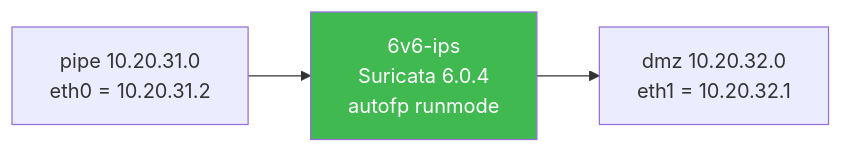
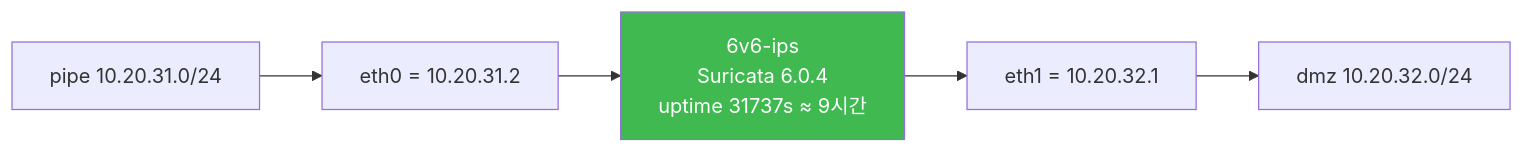
One commit to mrgrit/ccc changed the second of 3 diagrams in contents/standalone/lecture/secuops/week04.md. Above: the diagram before and after it, drawn with Mermaid. The commit also changed other lines of this file and 1 other file, not shown here.

````diff
--- a/contents/standalone/lecture/secuops/week04.md
+++ b/contents/standalone/lecture/secuops/week04.md
@@ -126,9 +252,13 @@
 ```mermaid
 graph LR
-    PIPE["pipe 10.20.31.0<br/>eth0 = 10.20.31.2"]
-    DMZ["dmz 10.20.32.0<br/>eth1 = 10.20.32.1"]
-    IPS["6v6-ips<br/>Suricata 6.0.4<br/>autofp runmode"]
-    PIPE --> IPS
-    IPS --> DMZ
+    PIPE[pipe 10.20.31.0/24]
+    DMZ[dmz 10.20.32.0/24]
+    IPS["6v6-ips<br/>Suricata 6.0.4<br/>uptime 31737s ≈ 9시간"]
+    ETH0[eth0 = 10.20.31.2]
+    ETH1[eth1 = 10.20.32.1]
+    PIPE --> ETH0
+    ETH0 --> IPS
+    IPS --> ETH1
+    ETH1 --> DMZ
     style IPS fill:#3fb950,color:#fff
 ```
````
